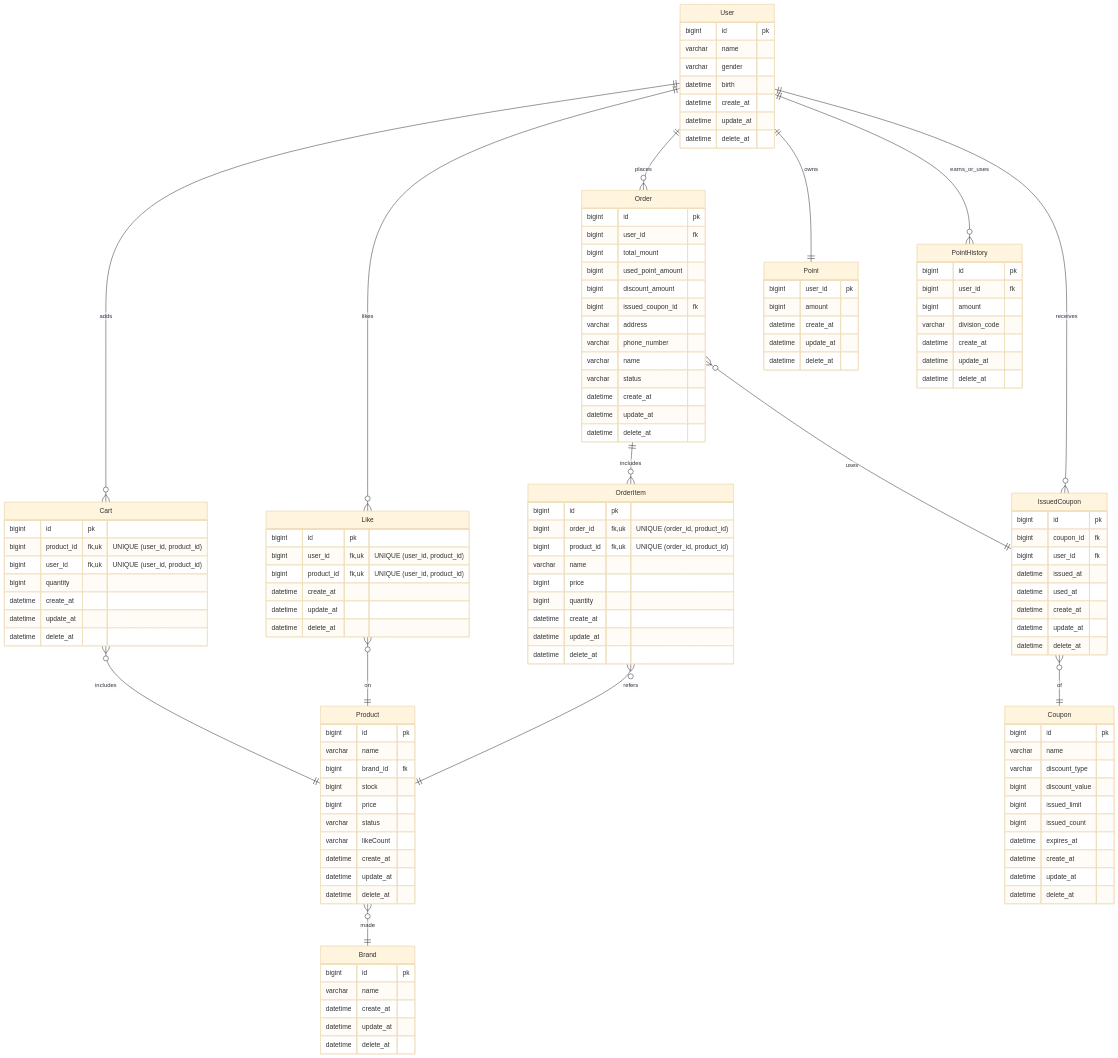
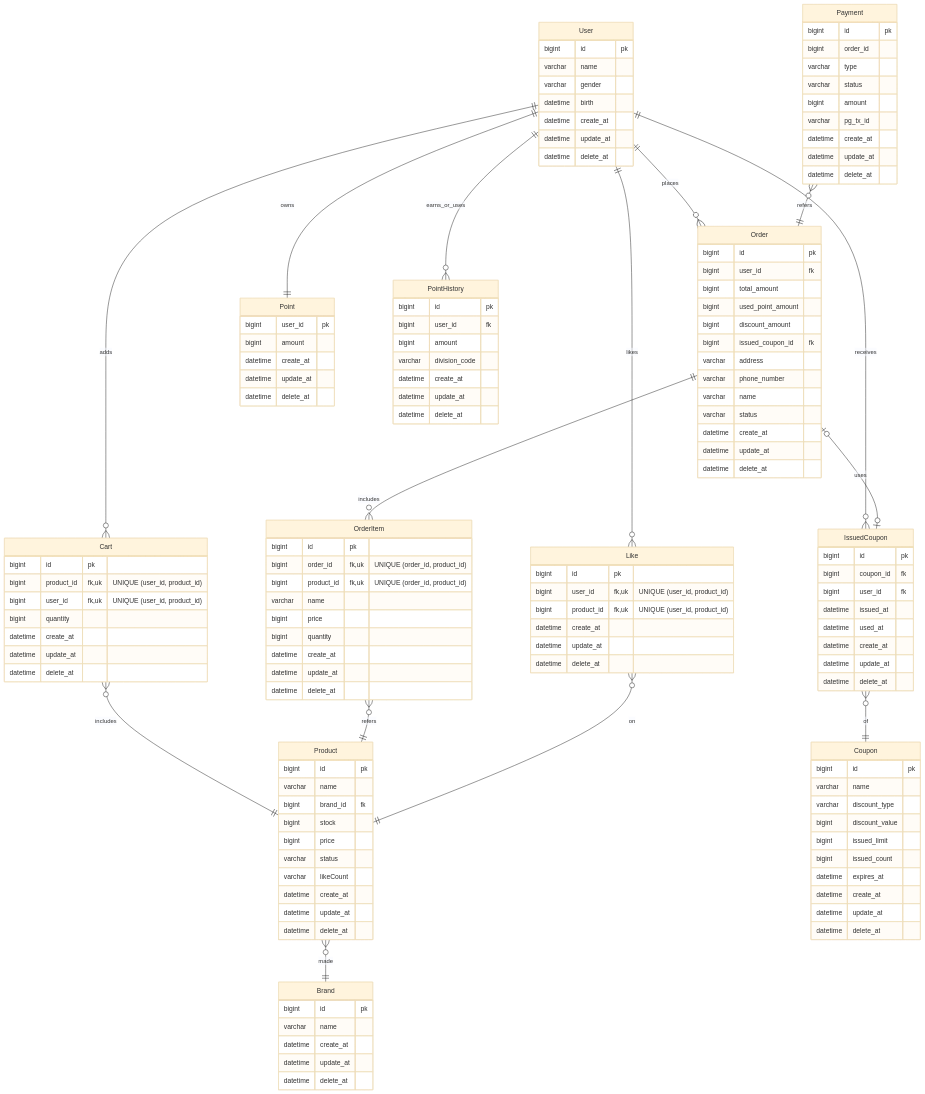
The diagram in docs/design/04-erd.md (simbokyung98/loopers-ecommerce-system), drawn with Mermaid (base theme) before and after one commit. The commit also changed other lines of this file and 3 other files, not shown here.

```diff
--- a/docs/design/04-erd.md
+++ b/docs/design/04-erd.md
@@ -36,7 +36,7 @@
     Order {
         bigint id pk
         bigint user_id fk
-        bigint total_mount
+        bigint total_amount
         bigint used_point_amount
         bigint discount_amount
         bigint issued_coupon_id fk
@@ -123,6 +123,18 @@
         
     }
     
+    Payment {
+        bigint id pk
+        bigint order_id
+        varchar type
+        varchar status
+        bigint amount
+        varchar pg_tx_id
+        datetime create_at
+        datetime update_at
+        datetime delete_at   
+    }
+    
     User         ||--o{ Cart          : adds
     User         ||--o{ Like          : likes
     User         ||--o{ Order         : places
@@ -135,8 +147,9 @@
     
     Order        ||--o{ OrderItem     : includes
     OrderItem    }o--|| Product       : refers
-    
-    Order        }o--|| IssuedCoupon  : uses
+    Payment      }o--|| Order         : refers
+
+    Order        o|--o| IssuedCoupon  : uses
     IssuedCoupon }o--|| Coupon        : of
     
     Like         }o--|| Product       : on  
```
